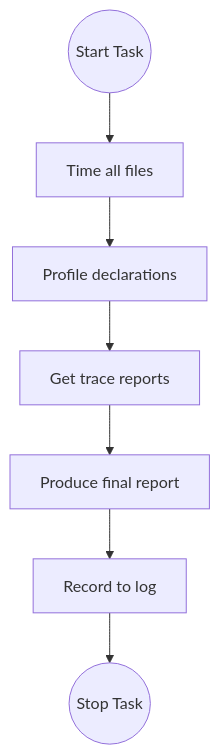
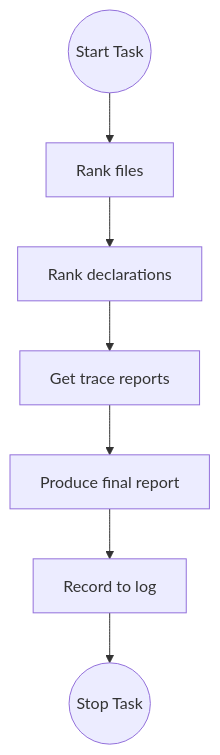
Before and after one commit to smmercuri/FLT: the first of 2 diagrams in CLAUDE.md, drawn with Mermaid. The commit also changed other lines of this file and 2 other files, not shown here.

````diff
--- a/CLAUDE.md
+++ b/CLAUDE.md
@@ -26,9 +26,9 @@
 ```mermaid
 graph TD
-    START((Start Task)) --> TIME[Time all files]
-    TIME --> PROFILE[Profile declarations]
-    PROFILE --> TRACE[Get trace reports]
+    START((Start Task)) --> RANK_FILE[Rank files]
+    RANK_FILE --> RANK_DECL[Rank declarations]
+    RANK_DECL --> TRACE[Get trace reports]
     TRACE --> REPORT[Produce final report]
     REPORT --> LOG[Record to log]
     LOG --> STOP((Stop Task))
 ```
````
